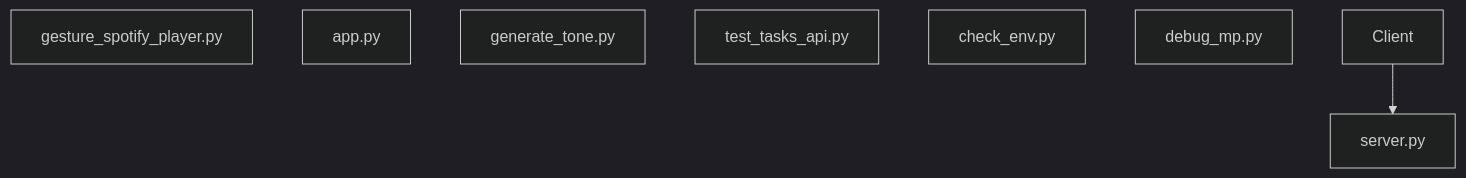
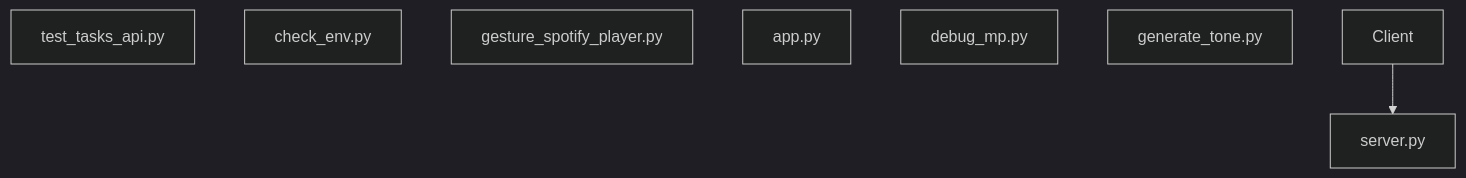
Before and after one commit to NITISH-R-G/PalmPlay: the diagram in diagrams/architecture.mermaid, drawn with Mermaid (dark theme). The commit also changed other lines of this file and 3 other files, not shown here.

Commit message:
docs(auto): Update repository architecture and README [skip ci]

```diff
--- a/diagrams/architecture.mermaid
+++ b/diagrams/architecture.mermaid
@@ -1,9 +1,9 @@
 graph TD;
+    test_tasks_api["test_tasks_api.py"];
+    check_env["check_env.py"];
     gesture_spotify_player["gesture_spotify_player.py"];
     app["app.py"];
+    server["server.py"];
+    debug_mp["debug_mp.py"];
     generate_tone["generate_tone.py"];
-    test_tasks_api["test_tasks_api.py"];
-    check_env["check_env.py"];
-    debug_mp["debug_mp.py"];
-    server["server.py"];
     Client --> server;
```
